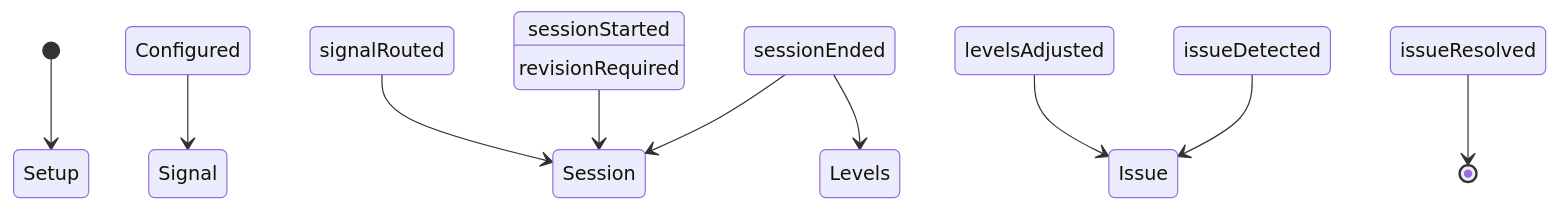
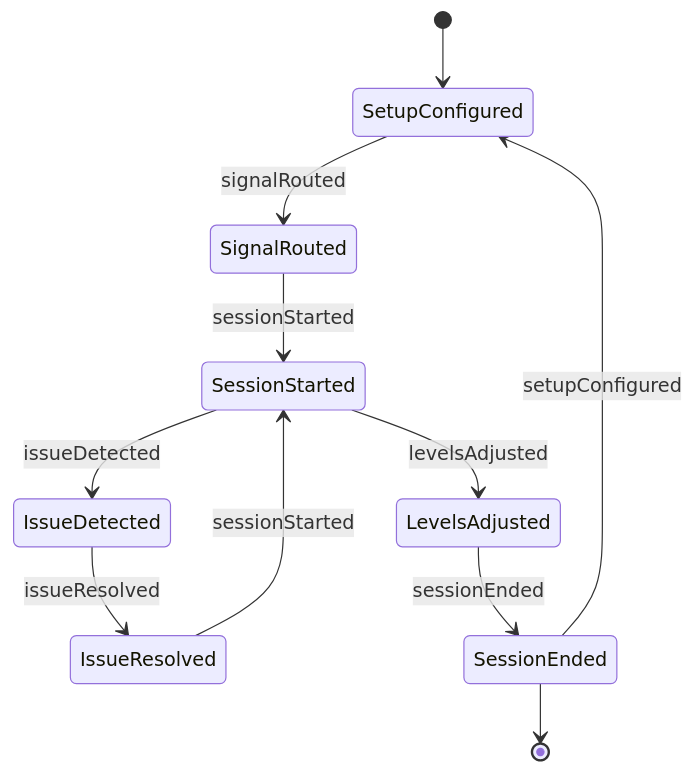
Before and after one commit to dot-org-ai/tasks.org.ai: the second of 4 diagrams in ControllingMachinesAndProcesses/OperateAudiovisualOrRelatedEquipment/OperateAudiovisualEquipment.mdx, drawn with Mermaid. The commit also changed other lines of this file and 515 other files, not shown here.

````diff
--- a/ControllingMachinesAndProcesses/OperateAudiovisualOrRelatedEquipment/OperateAudiovisualEquipment.mdx
+++ b/ControllingMachinesAndProcesses/OperateAudiovisualOrRelatedEquipment/OperateAudiovisualEquipment.mdx
@@ -98,12 +98,13 @@
 ```mermaid
 stateDiagram-v2
-    [*] --> Setup Configured
-    Setup Configured --> Signal Routed : signalRouted
-    Signal Routed --> Session Started : sessionStarted
-    Session Started --> Session Ended : sessionEnded
-    Session Ended --> Levels Adjusted : levelsAdjusted
-    Levels Adjusted --> Issue Detected : issueDetected
-    Issue Detected --> Issue Resolved : issueResolved
-    Session Ended --> Session Started : revisionRequired
-    Issue Resolved --> [*]
+    [*] --> SetupConfigured
+    SetupConfigured --> SignalRouted : signalRouted
+    SignalRouted --> SessionStarted : sessionStarted
+    SessionStarted --> LevelsAdjusted : levelsAdjusted
+    SessionStarted --> IssueDetected : issueDetected
+    IssueDetected --> IssueResolved : issueResolved
+    IssueResolved --> SessionStarted : sessionStarted
+    LevelsAdjusted --> SessionEnded : sessionEnded
+    SessionEnded --> SetupConfigured : setupConfigured
+    SessionEnded --> [*]
 ```
````
